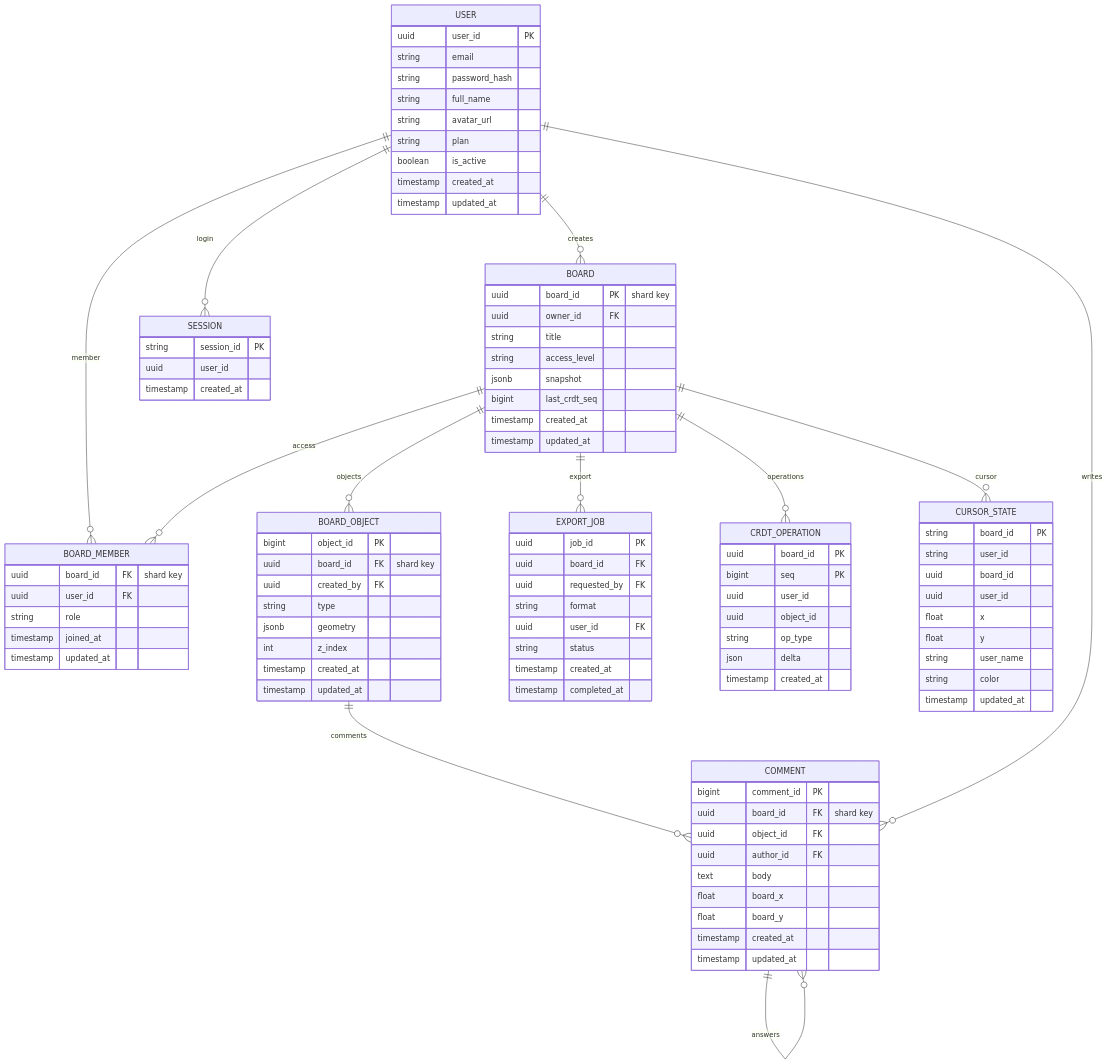
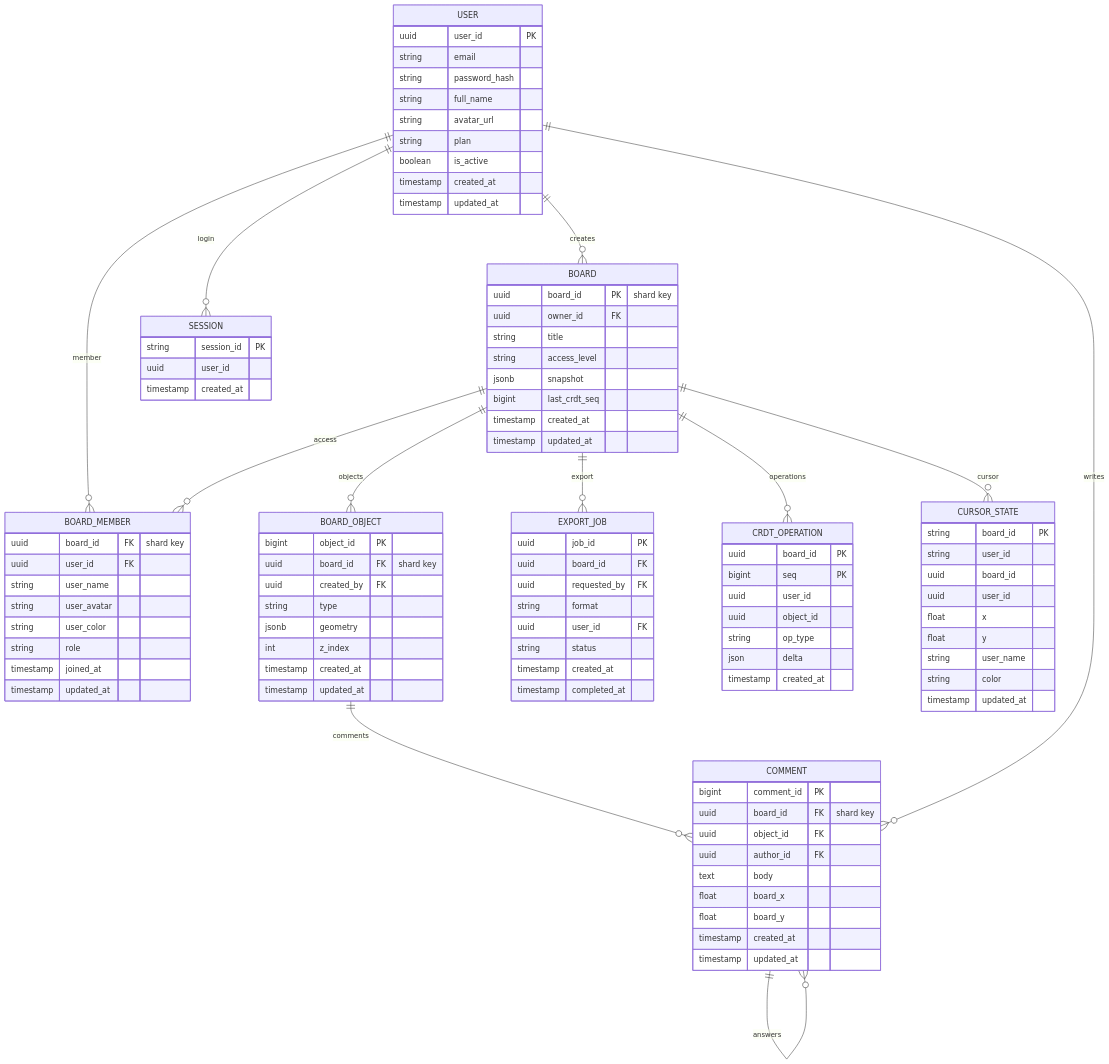
One commit to Diwix6/vk_highload changed the fourth of 5 diagrams in README.md. Above: the diagram before and after it, drawn with Mermaid. The commit also changed other lines of this file, not shown here.

```diff
--- a/README.md
+++ b/README.md
@@ -746,6 +746,9 @@
 BOARD_MEMBER {
     uuid board_id FK "shard key"
     uuid user_id FK
+    string user_name
+    string user_avatar
+    string user_color
     string role
     timestamp joined_at
     timestamp updated_at
```
